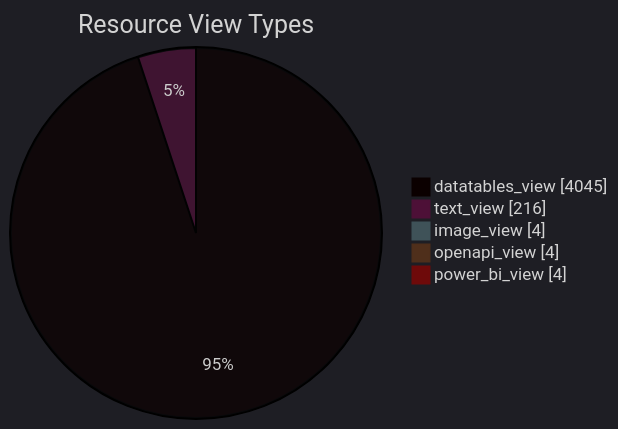
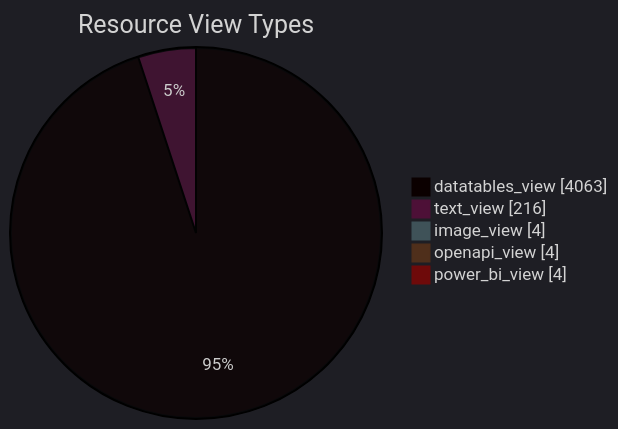
One commit to open-data/analytics-corporate-reporting changed the diagram in datastore_tracker/resource_view_types_pie_chart.md. Above: the diagram before and after it, drawn with Mermaid. The commit also changed 9 other files, not shown here.

````diff
--- a/datastore_tracker/resource_view_types_pie_chart.md
+++ b/datastore_tracker/resource_view_types_pie_chart.md
@@ -2,12 +2,12 @@
 ```mermaid
 ---
 config:
   theme: dark
 ---
 pie showData title Resource View Types
-    "datatables_view": 4045
+    "datatables_view": 4063
     "text_view": 216
     "image_view": 4
     "openapi_view": 4
     "power_bi_view": 4
 ```
````
